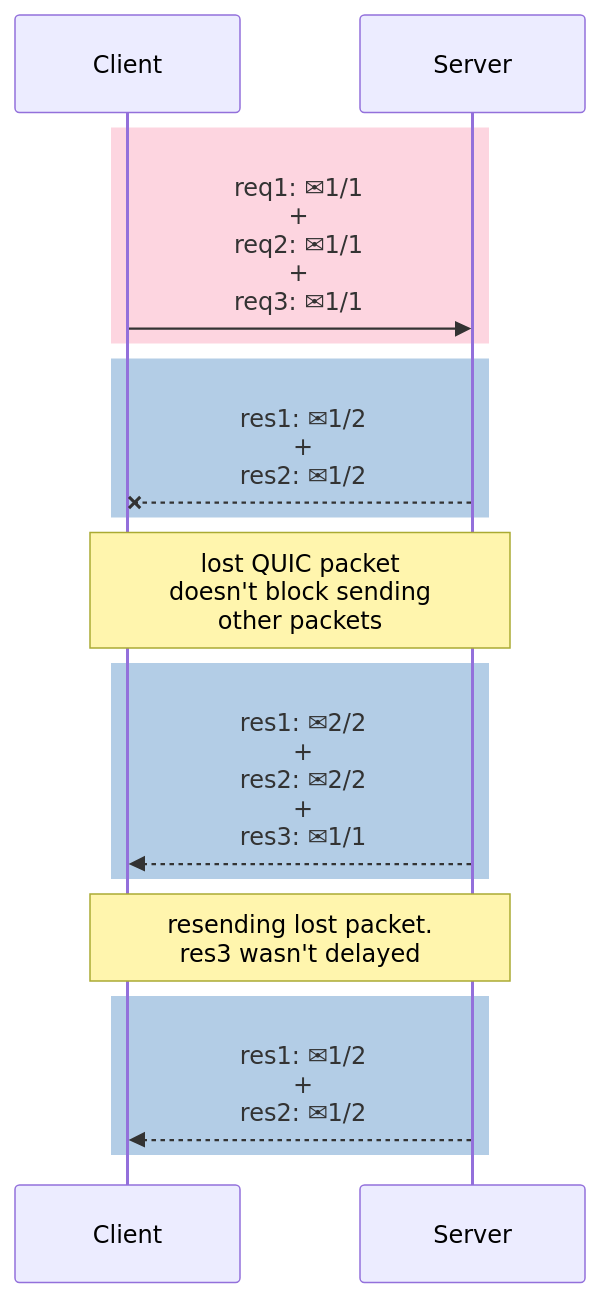
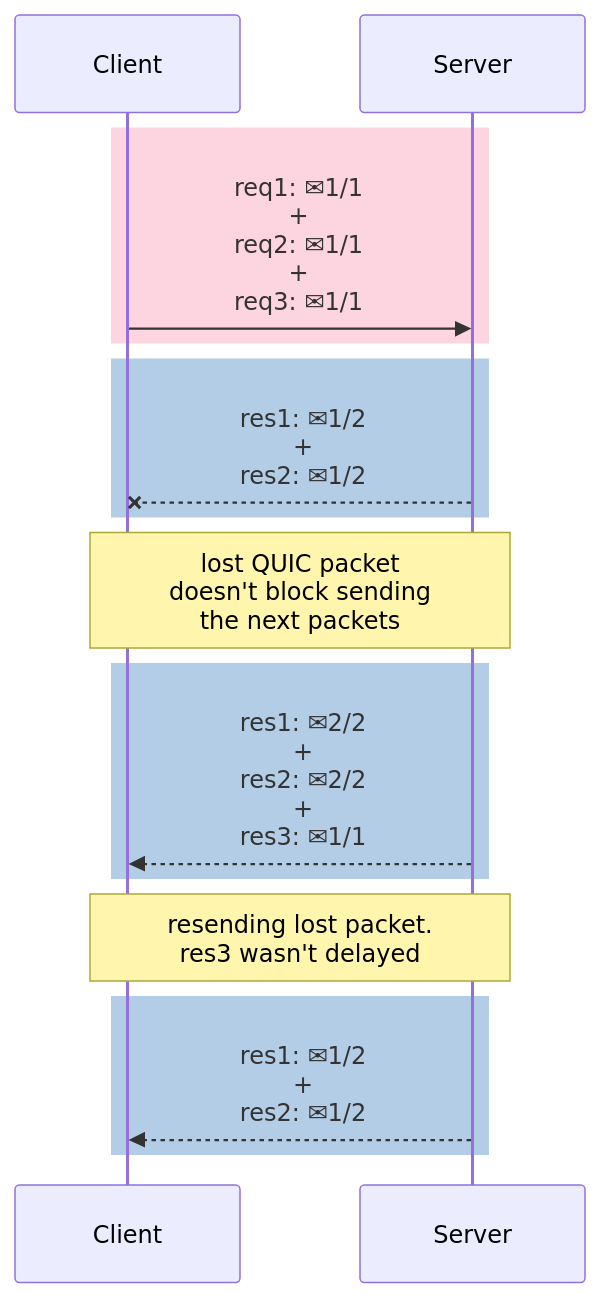
One commit to alexandrehtrb/alexandrehtrb.github.io changed the fourth of 4 diagrams in src/posts/2024/03/http2-and-http3-explained.md. Above: the diagram before and after it, drawn with Mermaid. The commit also changed other lines of this file and 1 other file, not shown here.

Commit message:
article: text changes

````diff
--- a/src/posts/2024/03/http2-and-http3-explained.md
+++ b/src/posts/2024/03/http2-and-http3-explained.md
@@ -178,17 +178,17 @@
 ```mermaid
 sequenceDiagram
     rect rgb(253, 213, 224)
         Client->>Server: req1: #9993;1/1<br>+<br>req2: #9993;1/1<br>+<br>req3: #9993;1/1
     end
     rect rgb(179, 205, 230)
         Server--xClient: res1: #9993;1/2<br>+<br>res2: #9993;1/2
     end
-    Note over Client,Server: lost QUIC packet<br>doesn't block sending<br>other packets
+    Note over Client,Server: lost QUIC packet<br>doesn't block sending<br>the next packets
     rect rgb(179, 205, 230)
         Server-->>Client: res1: #9993;2/2<br>+<br>res2: #9993;2/2<br>+<br>res3: #9993;1/1
     end
     Note over Client,Server: resending lost packet.<br>res3 wasn't delayed
     rect rgb(179, 205, 230)
         Server-->>Client: res1: #9993;1/2<br>+<br>res2: #9993;1/2
     end
 ```
````
